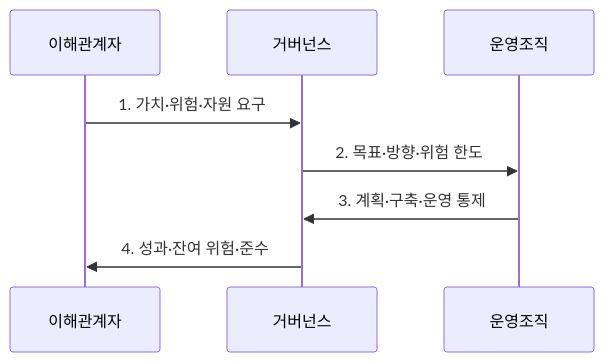
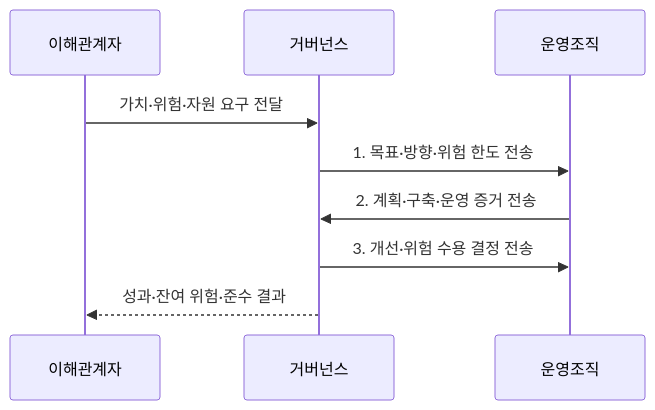
Before and after one commit to agnusdei1207/knowledge-base: the second of 2 diagrams in src/content/docs/notes/07-law-policy/005_it_governance_cobit.md, drawn with Mermaid. The commit also changed other lines of this file and 20 other files, not shown here.

````diff
--- a/src/content/docs/notes/07-law-policy/005_it_governance_cobit.md
+++ b/src/content/docs/notes/07-law-policy/005_it_governance_cobit.md
@@ -78,10 +78,11 @@
 ```mermaid
 sequenceDiagram
     participant S as 이해관계자
     participant G as 거버넌스
     participant O as 운영조직
-    S->>G: 1. 가치·위험·자원 요구
-    G->>O: 2. 목표·방향·위험 한도
-    O->>G: 3. 계획·구축·운영 통제
-    G->>S: 4. 성과·잔여 위험·준수
+    S->>G: 가치·위험·자원 요구 전달
+    G->>O: 1. 목표·방향·위험 한도 전송
+    O->>G: 2. 계획·구축·운영 증거 전송
+    G->>O: 3. 개선·위험 수용 결정 전송
+    G-->>S: 성과·잔여 위험·준수 결과
 ```
````
